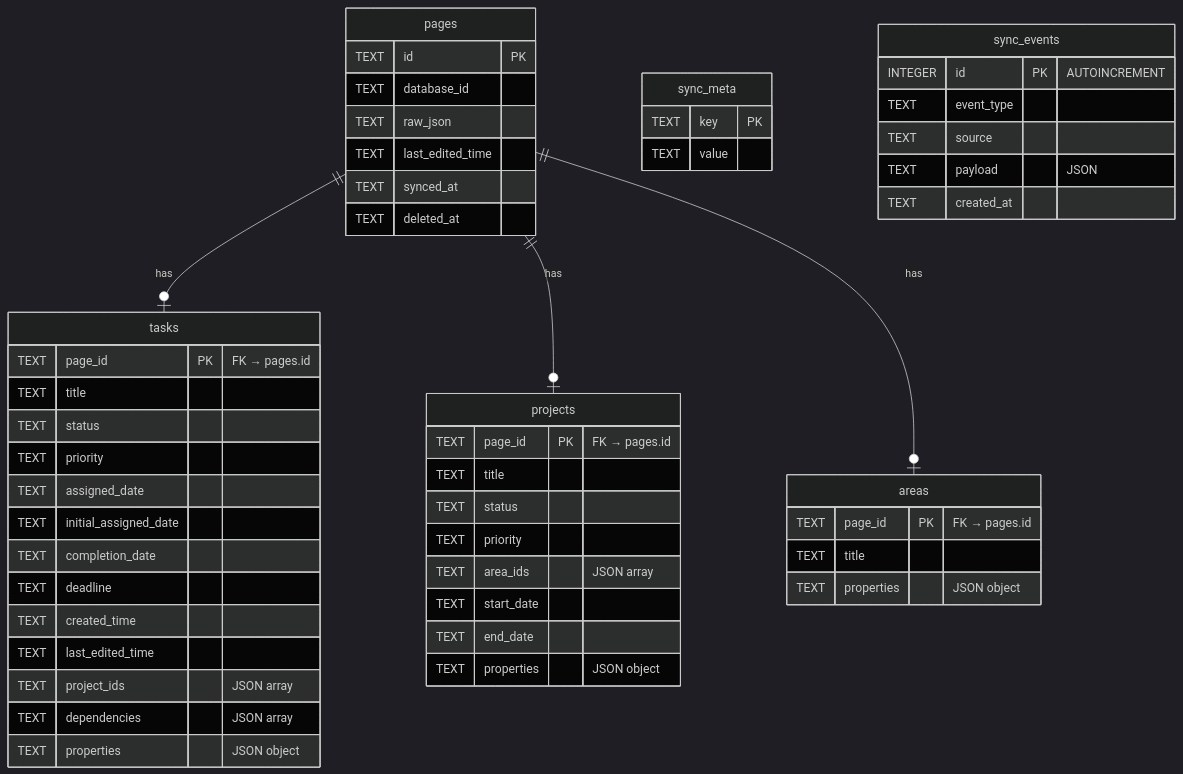
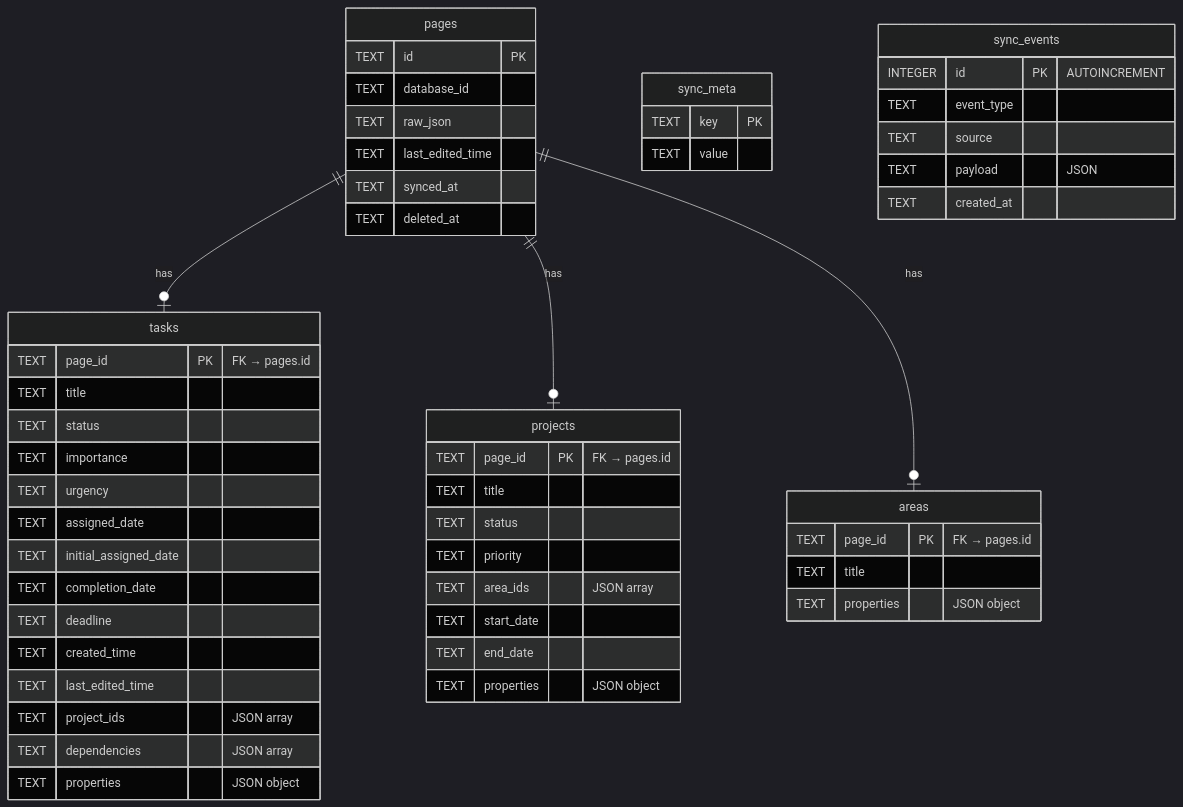
The diagram in app/docs/backend/database-schema.md (geoffyli/my-task-management), drawn with Mermaid (dark theme) before and after one commit. The commit also changed other lines of this file and 15 other files, not shown here.

First line of the commit message:
fix: update remaining Priority→Importance references in docs and UI

````diff
--- a/app/docs/backend/database-schema.md
+++ b/app/docs/backend/database-schema.md
@@ -30,61 +30,62 @@
 ```mermaid
 erDiagram
     pages ||--o| tasks : "has"
     pages ||--o| projects : "has"
     pages ||--o| areas : "has"
     
     pages {
         TEXT id PK
         TEXT database_id
         TEXT raw_json
         TEXT last_edited_time
         TEXT synced_at
         TEXT deleted_at
     }
     
     tasks {
         TEXT page_id PK "FK → pages.id"
         TEXT title
         TEXT status
-        TEXT priority
+        TEXT importance
+        TEXT urgency
         TEXT assigned_date
         TEXT initial_assigned_date
         TEXT completion_date
         TEXT deadline
         TEXT created_time
         TEXT last_edited_time
         TEXT project_ids "JSON array"
         TEXT dependencies "JSON array"
         TEXT properties "JSON object"
     }
     
     projects {
         TEXT page_id PK "FK → pages.id"
         TEXT title
         TEXT status
         TEXT priority
         TEXT area_ids "JSON array"
         TEXT start_date
         TEXT end_date
         TEXT properties "JSON object"
     }
     
     areas {
         TEXT page_id PK "FK → pages.id"
         TEXT title
         TEXT properties "JSON object"
     }
     
     sync_meta {
         TEXT key PK
         TEXT value
     }
     
     sync_events {
         INTEGER id PK "AUTOINCREMENT"
         TEXT event_type
         TEXT source
         TEXT payload "JSON"
         TEXT created_at
     }
 ```
````
